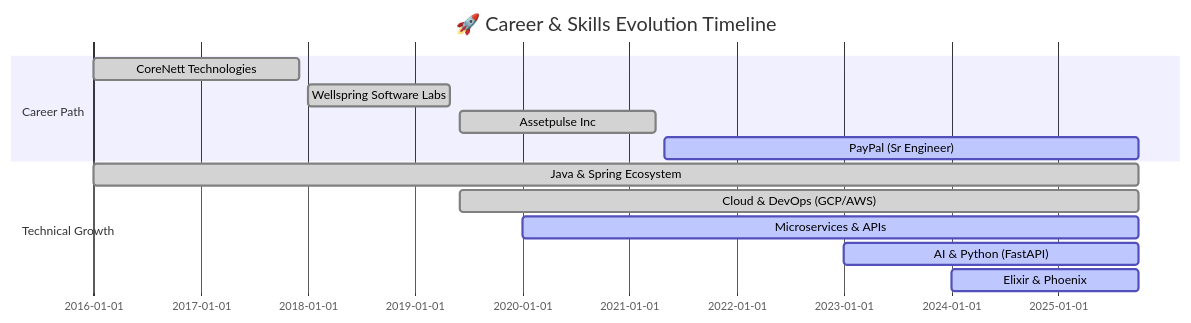
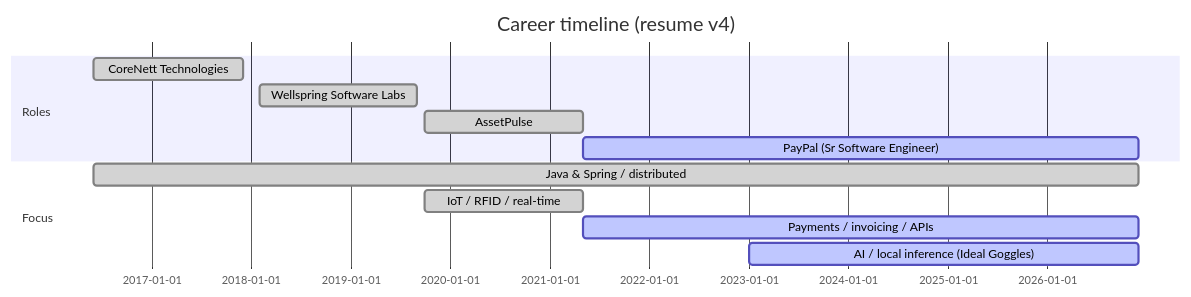
Before and after one commit to sarvarunajvm/sarvarunajvm: the diagram in README.md, drawn with Mermaid. The commit also changed other lines of this file, not shown here.

Commit message:
Revise README.md to update personal description, skills, and project contributions. Enhanced header image and dynamic typing animation. Streamlined tech stack sections by removing outdated technologies and adding new ones.

````diff
--- a/README.md
+++ b/README.md
@@ -322,16 +307,15 @@
 ```mermaid
 gantt
-    title 🚀 Career & Skills Evolution Timeline
+    title Career timeline (resume v4)
     dateFormat YYYY-MM
-    section Career Path
-    CoreNett Technologies       :done, 2016-01, 2017-12
-    Wellspring Software Labs    :done, 2018-01, 2019-05
-    Assetpulse Inc             :done, 2019-06, 2021-04
-    PayPal (Sr Engineer)       :active, 2021-05, 2025-10
-    section Technical Growth
-    Java & Spring Ecosystem    :done, 2016-01, 2025-10
-    Cloud & DevOps (GCP/AWS)   :done, 2019-06, 2025-10
-    Microservices & APIs       :active, 2020-01, 2025-10
-    AI & Python (FastAPI)      :active, 2023-01, 2025-10
-    Elixir & Phoenix           :active, 2024-01, 2025-10
+    section Roles
+    CoreNett Technologies       :done, 2016-06, 2017-12
+    Wellspring Software Labs      :done, 2018-02, 2019-09
+    AssetPulse                    :done, 2019-10, 2021-05
+    PayPal (Sr Software Engineer) :active, 2021-05, 2026-12
+    section Focus
+    Java & Spring / distributed   :done, 2016-06, 2026-12
+    IoT / RFID / real-time        :done, 2019-10, 2021-05
+    Payments / invoicing / APIs   :active, 2021-05, 2026-12
+    AI / local inference (Ideal Goggles) :active, 2023-01, 2026-12
 ```
````
